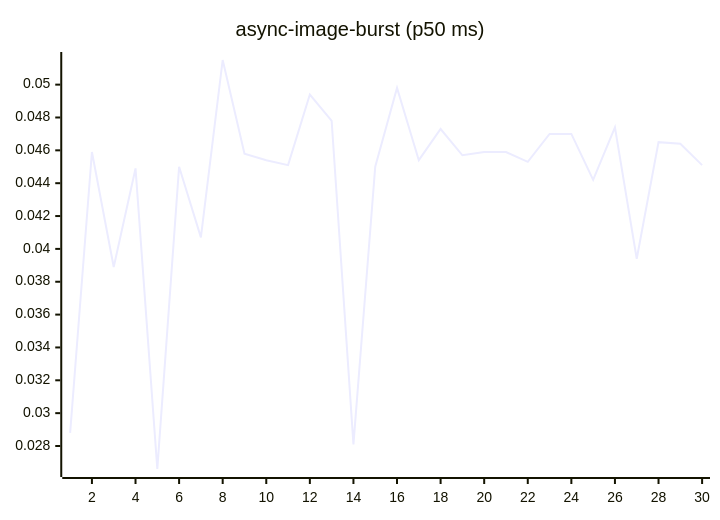
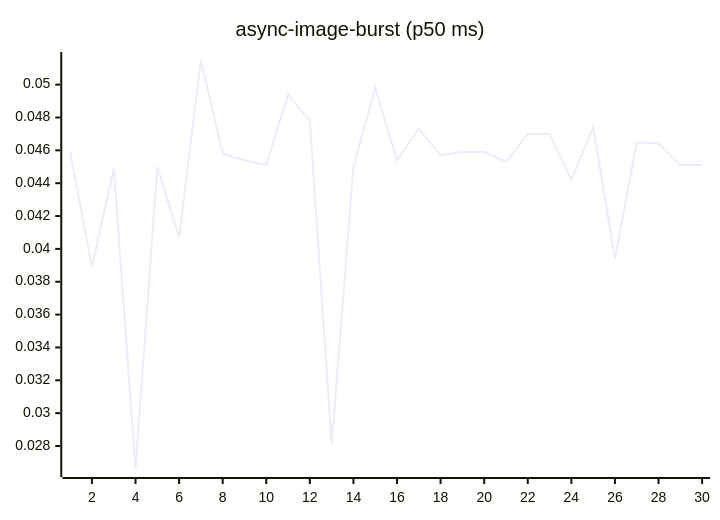
The fourth of 27 diagrams in README.md (josha/Facet), drawn with Mermaid before and after one commit. The commit also changed other lines of this file and 2 other files, not shown here.

````diff
--- a/README.md
+++ b/README.md
@@ -84,6 +84,6 @@
 ```mermaid
 xychart-beta
     title "async-image-burst (p50 ms)"
     x-axis 1 --> 30
-    line [0.0288, 0.0459, 0.0389, 0.0449, 0.0266, 0.0450, 0.0407, 0.0515, 0.0458, 0.0454, 0.0451, 0.0494, 0.0478, 0.0281, 0.0450, 0.0498, 0.0454, 0.0473, 0.0457, 0.0459, 0.0459, 0.0453, 0.0470, 0.0470, 0.0442, 0.0474, 0.0394, 0.0465, 0.0464, 0.0451]
+    line [0.0459, 0.0389, 0.0449, 0.0266, 0.0450, 0.0407, 0.0515, 0.0458, 0.0454, 0.0451, 0.0494, 0.0478, 0.0281, 0.0450, 0.0498, 0.0454, 0.0473, 0.0457, 0.0459, 0.0459, 0.0453, 0.0470, 0.0470, 0.0442, 0.0474, 0.0394, 0.0465, 0.0464, 0.0451, 0.0451]
 ```
````
